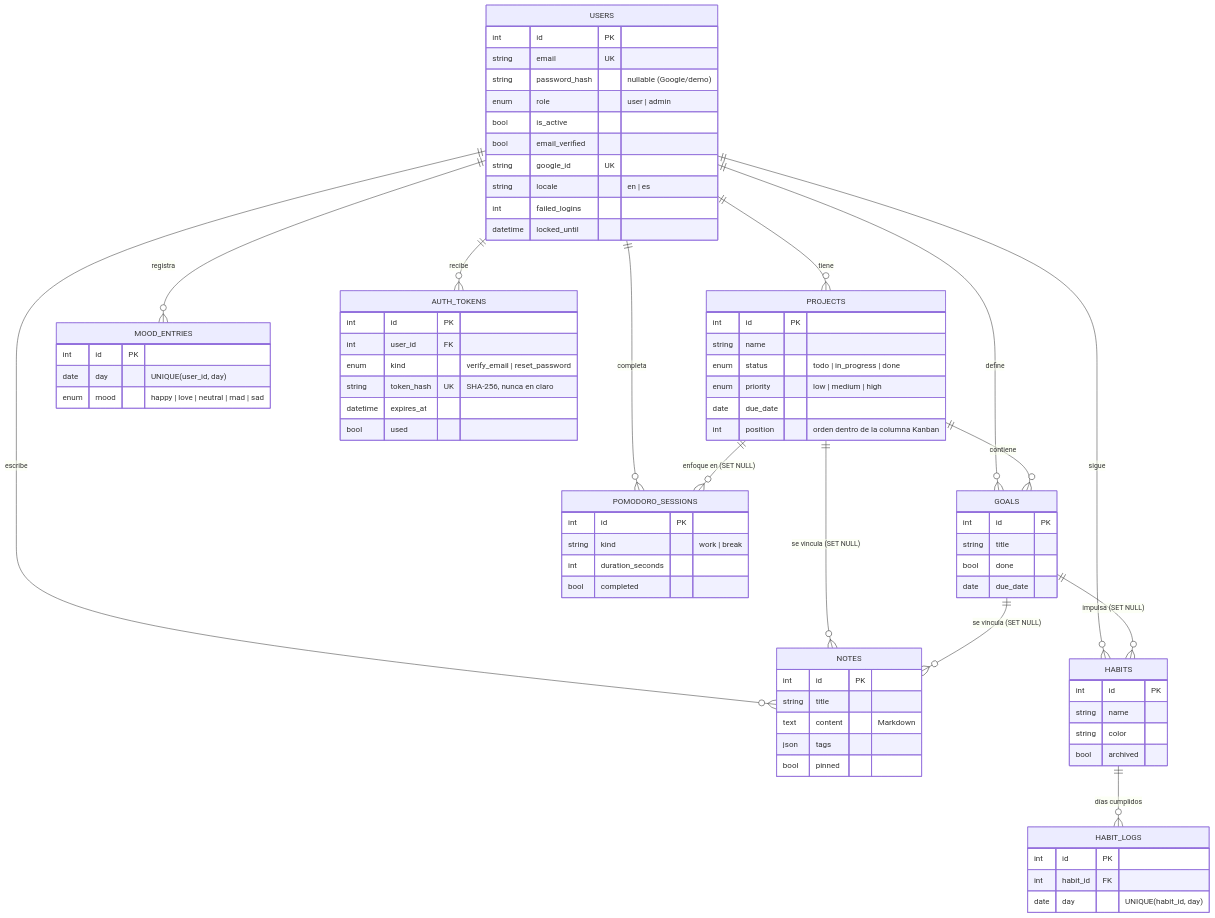
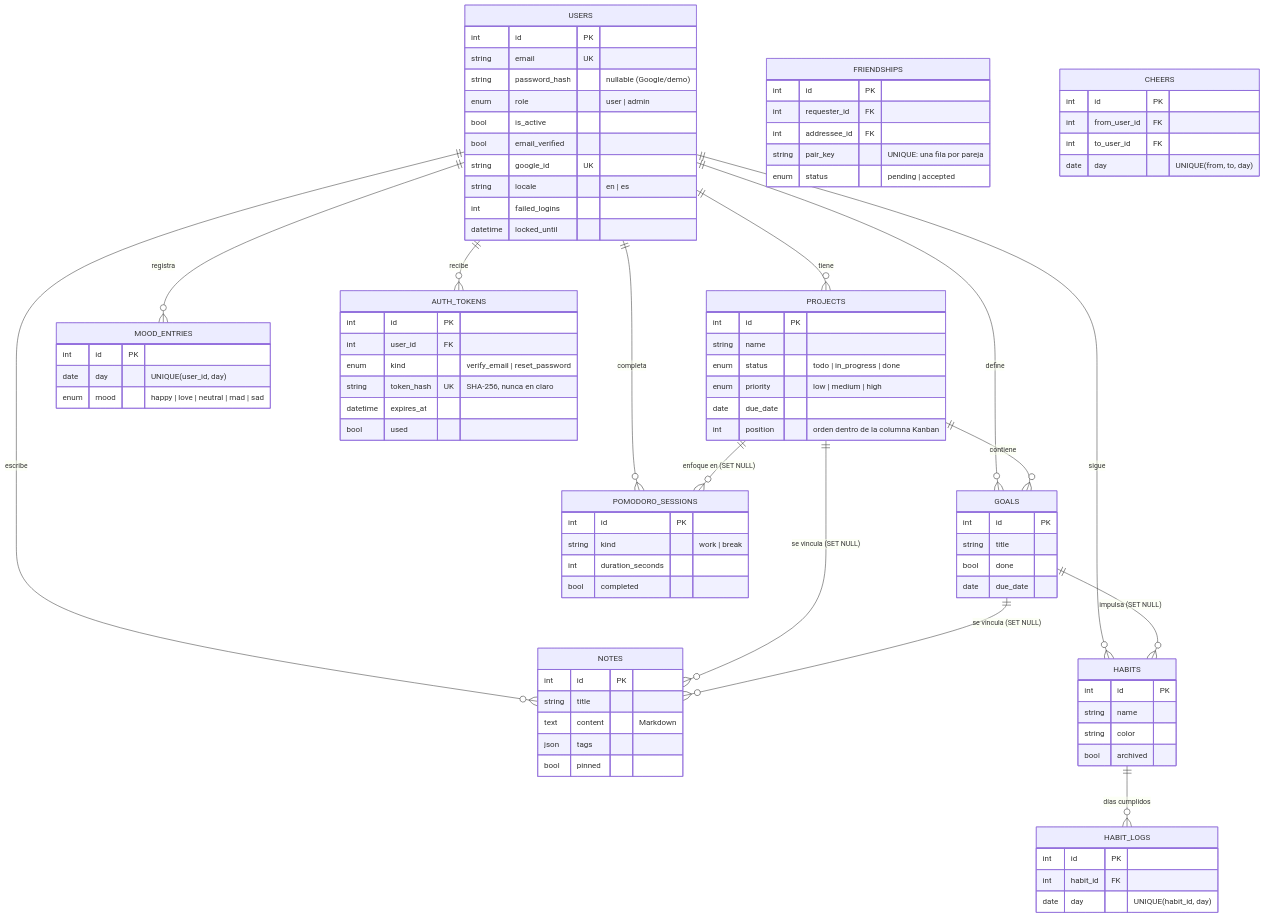
Before and after one commit to alejandronicolasdelalamo/onmi: the third of 3 diagrams in docs/architecture.md, drawn with Mermaid. The commit also changed other lines of this file and 42 other files, not shown here.

```diff
--- a/docs/architecture.md
+++ b/docs/architecture.md
@@ -131,6 +131,19 @@
         date day "UNIQUE(user_id, day)"
         enum mood "happy | love | neutral | mad | sad"
     }
+    FRIENDSHIPS {
+        int id PK
+        int requester_id FK
+        int addressee_id FK
+        string pair_key "UNIQUE: una fila por pareja"
+        enum status "pending | accepted"
+    }
+    CHEERS {
+        int id PK
+        int from_user_id FK
+        int to_user_id FK
+        date day "UNIQUE(from, to, day)"
+    }
     POMODORO_SESSIONS {
         int id PK
         string kind "work | break"
```
